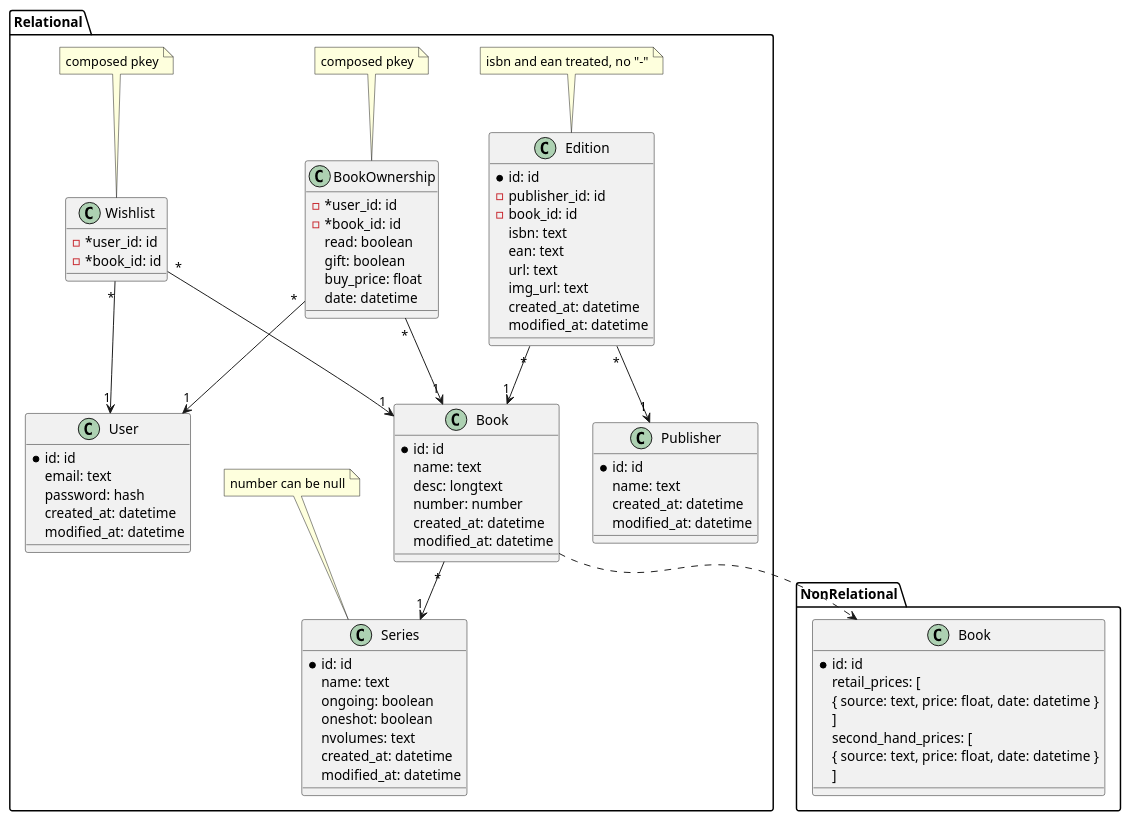
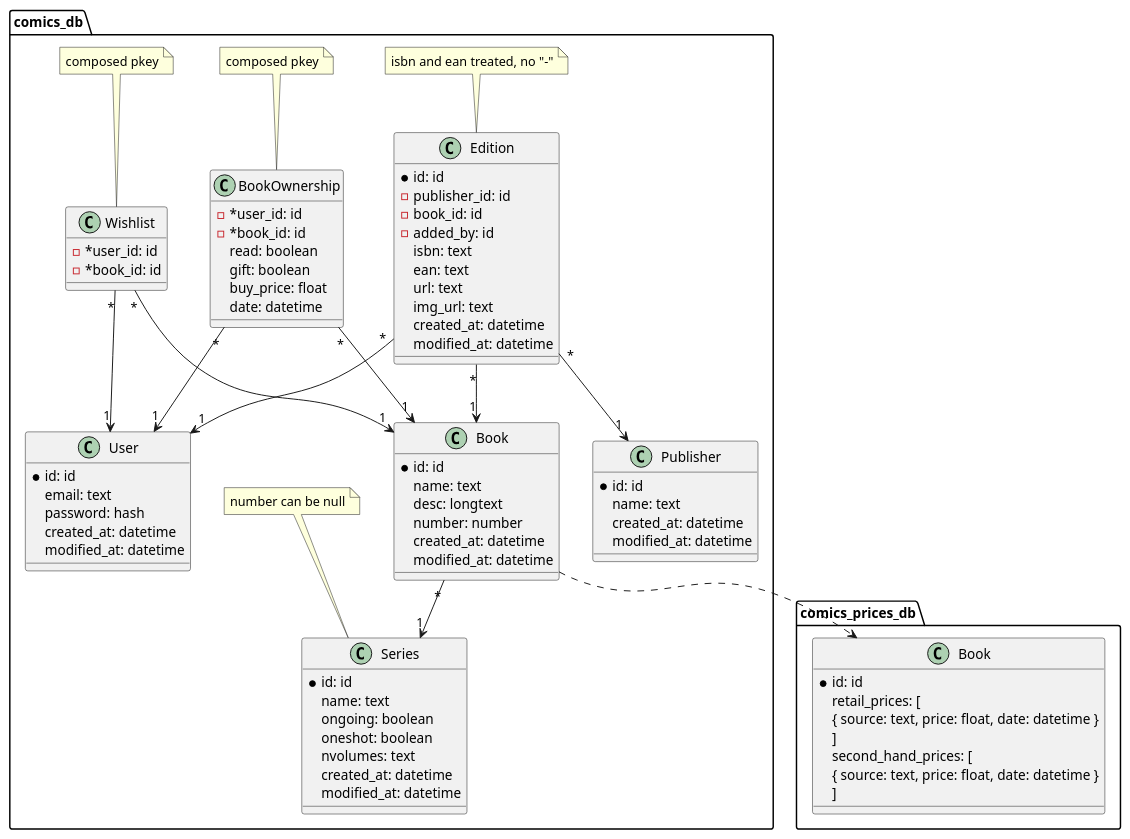
The diagram in db/mcd.puml (StutenEXE/comics-engineering), drawn with PlantUML before and after one commit. The commit also changed 1 other file, not shown here.

Commit message:
[db] created pgsql schema file

```diff
--- a/db/mcd.puml
+++ b/db/mcd.puml
@@ -1,94 +1,96 @@
-@startuml
+@startuml mcd comics engineering
 
-package Relational {
+package comics_db {
     class User {
         *id: id
         email: text
         password: hash
         created_at: datetime
         modified_at: datetime
     }
 
     class Book {
         *id: id
         name: text
         desc: longtext
         number: number
         created_at: datetime
         modified_at: datetime
     }
 
     class Edition {
         *id: id
         -publisher_id: id
         -book_id: id
+        -added_by: id
         isbn: text
         ean: text
         url: text
         img_url: text
         created_at: datetime
         modified_at: datetime
     }
     note top: isbn and ean treated, no "-"
 
     class Series {
         *id: id
         name: text
         ongoing: boolean
         oneshot: boolean
         nvolumes: text
         created_at: datetime
         modified_at: datetime
     }
     note top: number can be null
 
     class Publisher {
         *id: id
         name: text
         created_at: datetime
         modified_at: datetime
     }
 	
 	class BookOwnership {
         - *user_id: id
         - *book_id: id
         read: boolean
         gift: boolean
         buy_price: float
         date: datetime
     }
     note top: composed pkey
 
     class Wishlist {
         - *user_id: id
         - *book_id: id
     }
     note top: composed pkey
 }
 
-package NonRelational {
+package comics_prices_db {
     class Book {
         *id: id
         retail_prices: [
             { source: text, price: float, date: datetime }
         ]
         second_hand_prices: [
             { source: text, price: float, date: datetime }
         ]
     }
 }
 
-BookOwnership "*" --> "1" Relational.Book
+BookOwnership "*" --> "1" comics_db.Book
 BookOwnership "*" --> "1" User
 
-Wishlist "*" --> "1" Relational.Book
+Wishlist "*" --> "1" comics_db.Book
 Wishlist "*" --> "1" User
 
-Edition "*" --> "1" Relational.Book
+Edition "*" --> "1" comics_db.Book
 Edition "*" --> "1" Publisher
+Edition "*" --> "1" User
 
-Relational.Book "*" --> "1" Series
+comics_db.Book "*" --> "1" Series
 
-Relational.Book ..> NonRelational.Book
+comics_db.Book ..> comics_prices_db.Book
 
 @enduml
```
